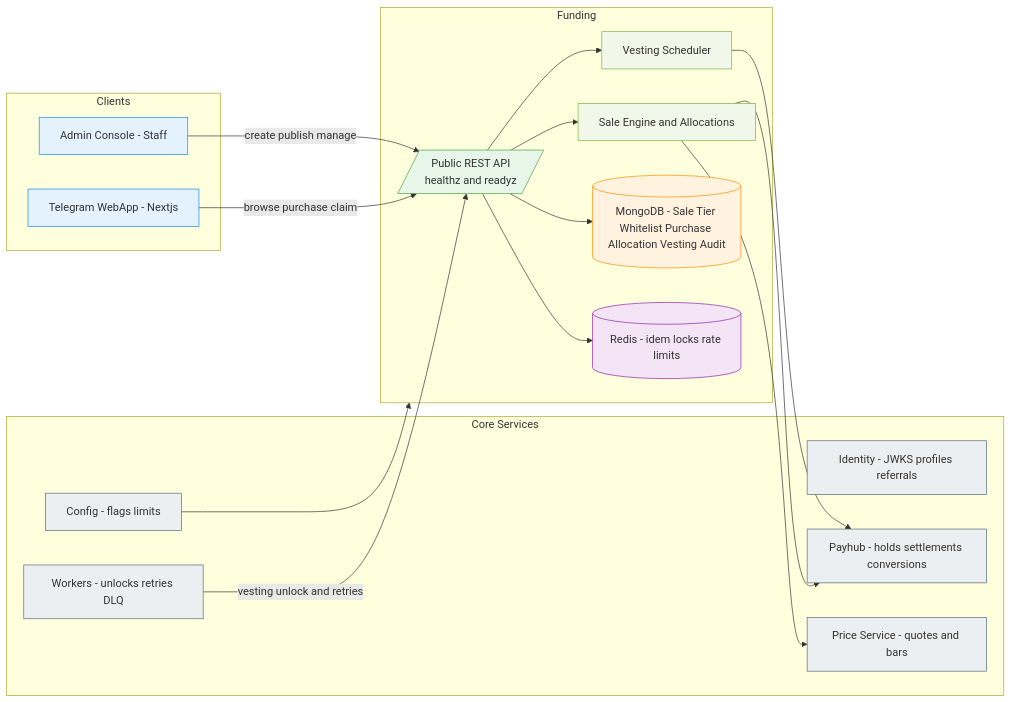
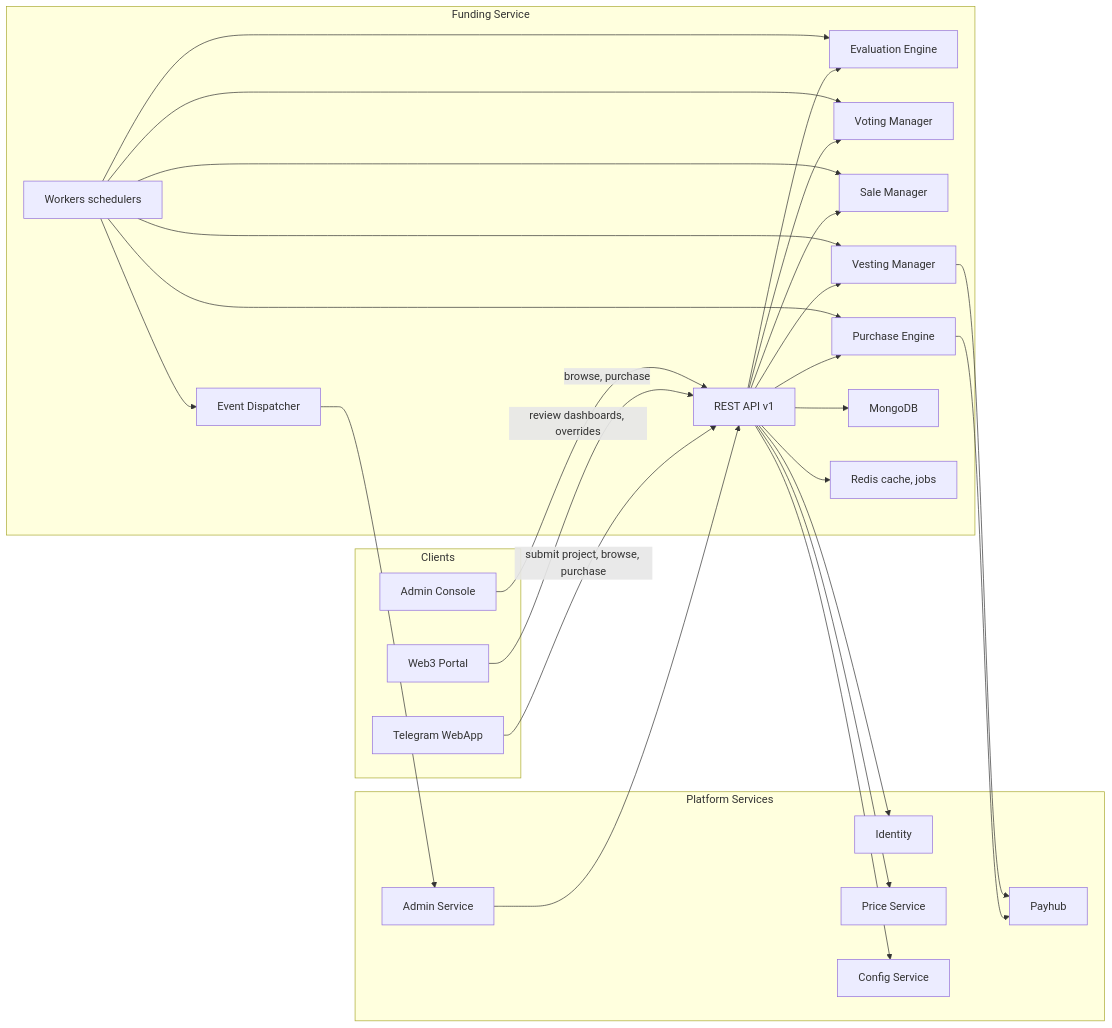
Before and after one commit to fuzeac/fuze-telegram-mini-app: the first of 5 diagrams in miniapp-funding-service.md, drawn with Mermaid. The commit also changed other lines of this file, not shown here.

````diff
--- a/miniapp-funding-service.md
+++ b/miniapp-funding-service.md
@@ -11,44 +12,55 @@
 ```mermaid
 flowchart LR
-  subgraph Clients
-    WEB[Telegram WebApp - Nextjs]:::client
-    ADMIN[Admin Console - Staff]:::client
+  subgraph "Clients"
+    TG["Telegram WebApp"]
+    W3["Web3 Portal"]
+    ADM["Admin Console"]
   end
 
-  subgraph Funding
-    API[/Public REST API\nhealthz and readyz/]:::svc
-    ENGINE[Sale Engine and Allocations]:::logic
-    VEST[Vesting Scheduler]:::logic
-    DB[(MongoDB - Sale Tier Whitelist Purchase Allocation Vesting Audit)]:::db
-    CACHE[(Redis - idem locks rate limits)]:::cache
+  subgraph "Funding Service"
+    API["REST API v1"]
+    EVAL["Evaluation Engine"]
+    VOTE["Voting Manager"]
+    SALE["Sale Manager"]
+    PUR["Purchase Engine"]
+    VEST["Vesting Manager"]
+    EVT["Event Dispatcher"]
+    DB["MongoDB"]
+    RDS["Redis cache, jobs"]
+    WRK["Workers schedulers"]
   end
 
-  subgraph Core Services
-    IDP[Identity - JWKS profiles referrals]:::peer
-    PAY[Payhub - holds settlements conversions]:::peer
-    PRICE[Price Service - quotes and bars]:::peer
-    WORK[Workers - unlocks retries DLQ]:::peer
-    CFG[Config - flags limits]:::peer
+  subgraph "Platform Services"
+    ID["Identity"]
+    PAY["Payhub"]
+    PRICE["Price Service"]
+    CFG["Config Service"]
+    ADMIN["Admin Service"]
   end
 
-  WEB -->|browse purchase claim| API
-  ADMIN -->|create publish manage| API
+  TG -->|submit project, browse, purchase| API
+  W3 -->|browse, purchase| API
+  ADM -->|review dashboards, overrides| API
 
-  API --> ENGINE
+  API --> EVAL
+  API --> VOTE
+  API --> SALE
+  API --> PUR
   API --> VEST
   API --> DB
-  API --> CACHE
+  API --> RDS
+  WRK --> EVAL
+  WRK --> VOTE
+  WRK --> SALE
+  WRK --> PUR
+  WRK --> VEST
+  WRK --> EVT
 
-  ENGINE --> PAY
-  ENGINE --> PRICE
+  API --> ID
+  PUR --> PAY
   VEST --> PAY
-  CFG --> Funding
-  WORK -->|vesting unlock and retries| API
-
-  classDef client fill:#E3F2FD,stroke:#1E88E5;
-  classDef svc fill:#E8F5E9,stroke:#43A047;
-  classDef logic fill:#F1F8E9,stroke:#7CB342;
-  classDef db fill:#FFF3E0,stroke:#FB8C00;
-  classDef cache fill:#F3E5F5,stroke:#8E24AA;
-  classDef peer fill:#ECEFF1,stroke:#546E7A;
+  API --> PRICE
+  API --> CFG
+  ADMIN --> API
+  EVT --> ADMIN
 ```
````
